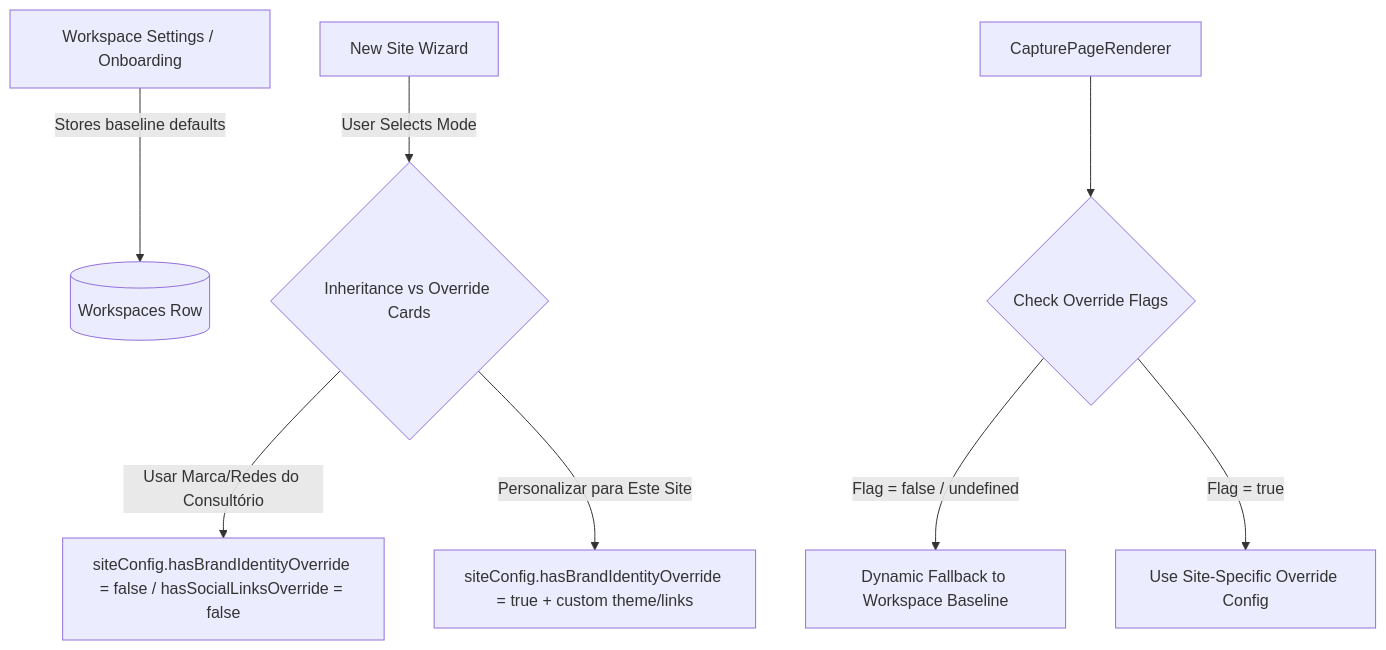
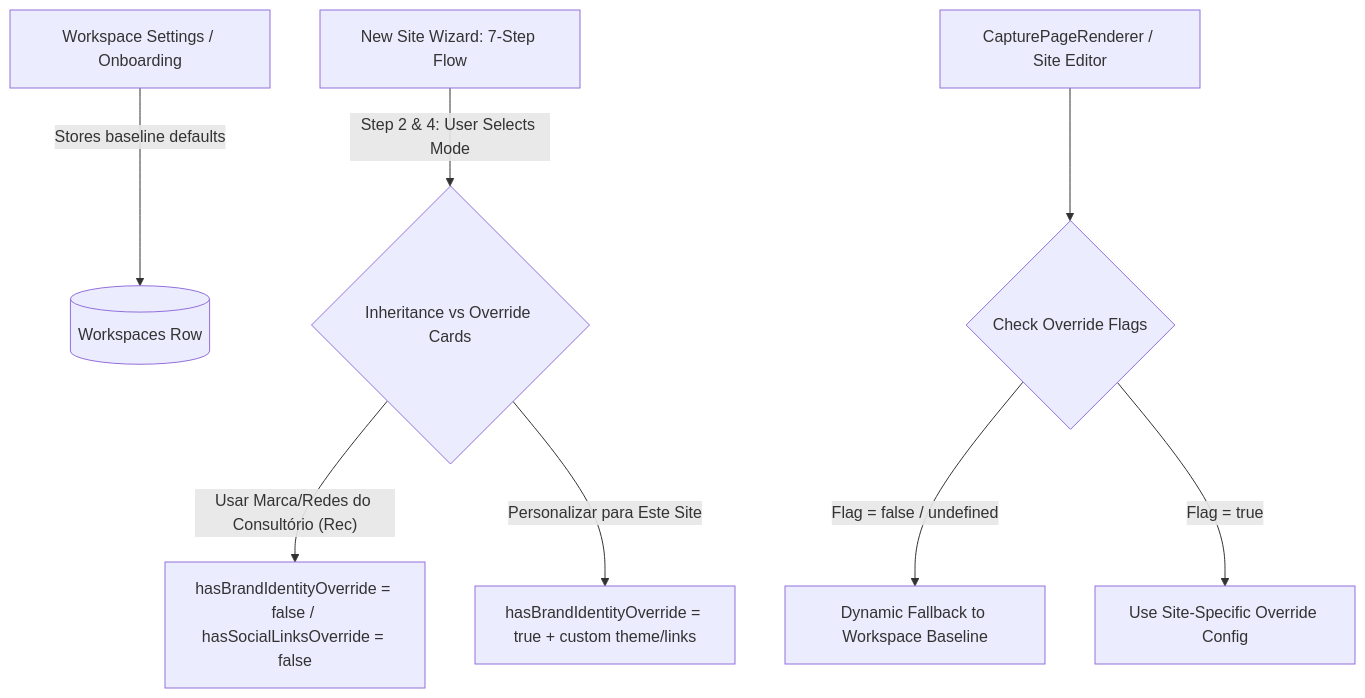
The diagram in .agents/architectures/site_wizard_and_defaults.md (jssaugustho/psi-app), drawn with Mermaid before and after one commit. The commit also changed other lines of this file and 192 other files, not shown here.

Commit message:
Feature: New Site Editor

````diff
--- a/.agents/architectures/site_wizard_and_defaults.md
+++ b/.agents/architectures/site_wizard_and_defaults.md
@@ -45,12 +50,12 @@
 ```mermaid
 graph TD
     A[Workspace Settings / Onboarding] -->|Stores baseline defaults| B[(Workspaces Row)]
-    C[New Site Wizard] -->|User Selects Mode| D{Inheritance vs Override Cards}
-    
-    D -->|"Usar Marca/Redes do Consultório"| E[siteConfig.hasBrandIdentityOverride = false / hasSocialLinksOverride = false]
-    D -->|"Personalizar para Este Site"| F[siteConfig.hasBrandIdentityOverride = true + custom theme/links]
-    
-    G[CapturePageRenderer] --> H{Check Override Flags}
+    C[New Site Wizard: 7-Step Flow] -->|Step 2 & 4: User Selects Mode| D{Inheritance vs Override Cards}
+
+    D -->|"Usar Marca/Redes do Consultório (Rec)"| E[hasBrandIdentityOverride = false / hasSocialLinksOverride = false]
+    D -->|"Personalizar para Este Site"| F[hasBrandIdentityOverride = true + custom theme/links]
+
+    G[CapturePageRenderer / Site Editor] --> H{Check Override Flags}
     H -->|Flag = false / undefined| I[Dynamic Fallback to Workspace Baseline]
     H -->|Flag = true| J[Use Site-Specific Override Config]
 ```
````
